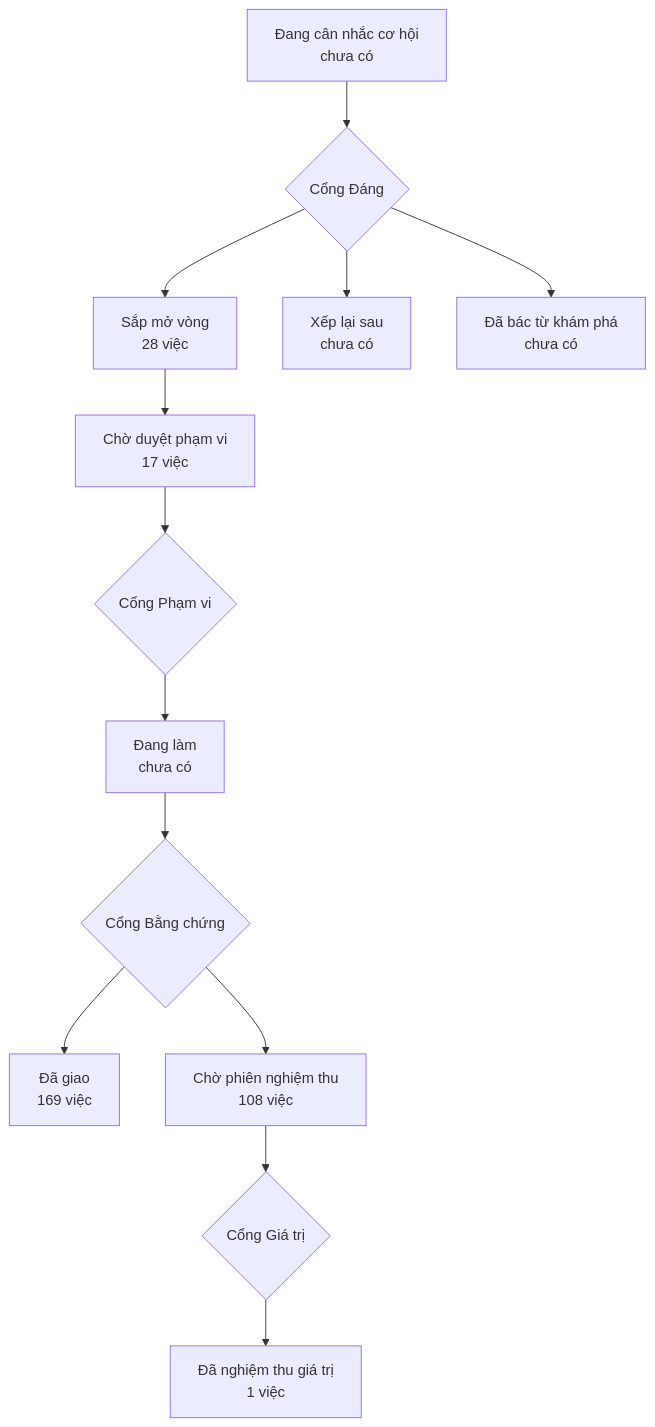
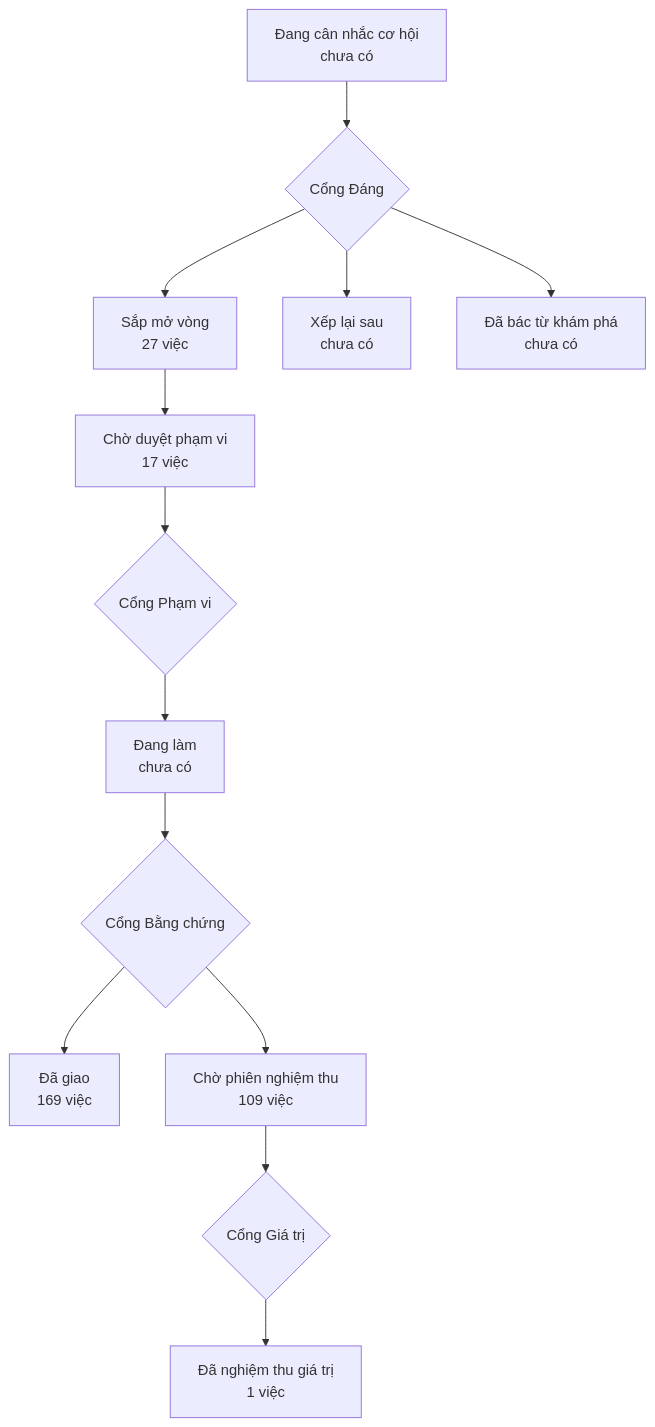
The diagram in PRODUCT-MAP.md (phanlemanh/onehub-invest), drawn with Mermaid before and after one commit. The commit also changed other lines of this file and 25 other files, not shown here.

````diff
--- a/PRODUCT-MAP.md
+++ b/PRODUCT-MAP.md
@@ -7,12 +7,12 @@
 ```mermaid
 flowchart TD
   A["Đang cân nhắc cơ hội<br/>chưa có"] --> GD{"Cổng Đáng"}
-  GD --> B["Sắp mở vòng<br/>28 việc"]
+  GD --> B["Sắp mở vòng<br/>27 việc"]
   GD --> XL["Xếp lại sau<br/>chưa có"]
   GD --> DB["Đã bác từ khám phá<br/>chưa có"]
   B --> CD["Chờ duyệt phạm vi<br/>17 việc"] --> GP{"Cổng Phạm vi"}
   GP --> DL["Đang làm<br/>chưa có"] --> GB{"Cổng Bằng chứng"}
   GB --> DG["Đã giao<br/>169 việc"]
-  GB --> CN["Chờ phiên nghiệm thu<br/>108 việc"] --> GG{"Cổng Giá trị"}
+  GB --> CN["Chờ phiên nghiệm thu<br/>109 việc"] --> GG{"Cổng Giá trị"}
   GG --> NT["Đã nghiệm thu giá trị<br/>1 việc"]
 ```
````
